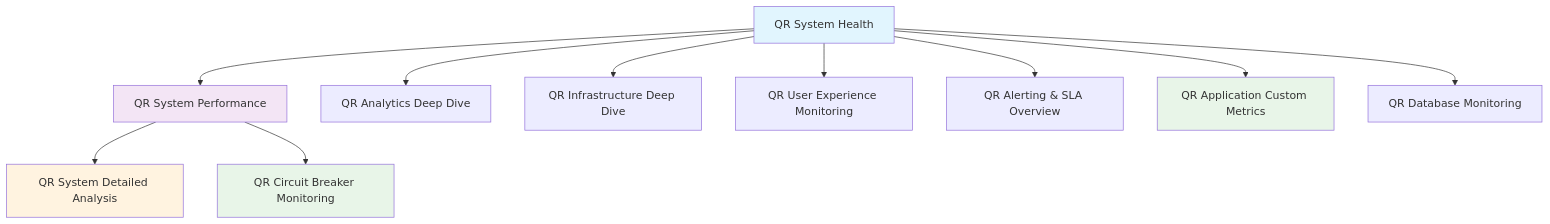
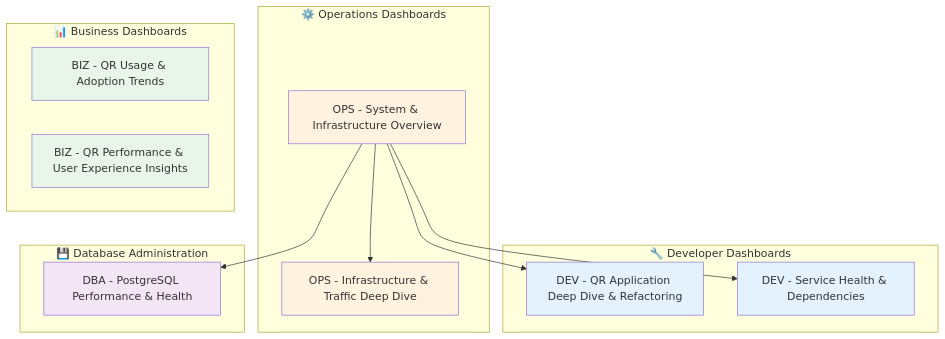
Before and after one commit to gsinghjay/mvp_qr_gen: the fourth of 26 diagrams in GRAFANA.md, drawn with Mermaid. The commit also changed other lines of this file, not shown here.

Commit message:
docs: update GRAFANA.md with streamlined 7-dashboard architecture

````diff
--- a/GRAFANA.md
+++ b/GRAFANA.md
@@ -127,20 +127,34 @@
 ```mermaid
 graph TD
-    A[QR System Health] --> B[QR System Performance]
-    A --> C[QR Analytics Deep Dive]
+    subgraph "🔧 Developer Dashboards"
+        A[DEV - QR Application Deep Dive & Refactoring]
+        B[DEV - Service Health & Dependencies]
+    end
     
-    B --> D[QR System Detailed Analysis]
-    B --> E[QR Circuit Breaker Monitoring]
+    subgraph "⚙️ Operations Dashboards"
+        C[OPS - System & Infrastructure Overview]
+        D[OPS - Infrastructure & Traffic Deep Dive]
+    end
     
-    A --> F[QR Infrastructure Deep Dive]
-    A --> G[QR User Experience Monitoring]
-    A --> H[QR Alerting & SLA Overview]
-    A --> I[QR Application Custom Metrics]
-    A --> J[QR Database Monitoring]
+    subgraph "📊 Business Dashboards"
+        E[BIZ - QR Usage & Adoption Trends]
+        F[BIZ - QR Performance & User Experience Insights]
+    end
     
-    style A fill:#e1f5fe
-    style B fill:#f3e5f5
+    subgraph "💾 Database Administration"
+        G[DBA - PostgreSQL Performance & Health]
+    end
+    
+    C --> A
+    C --> B
+    C --> D
+    C --> G
+    
+    style A fill:#e3f2fd
+    style B fill:#e3f2fd
+    style C fill:#fff3e0
     style D fill:#fff3e0
     style E fill:#e8f5e8
-    style I fill:#e8f5e8
+    style F fill:#e8f5e8
+    style G fill:#f3e5f5
 ```
````
